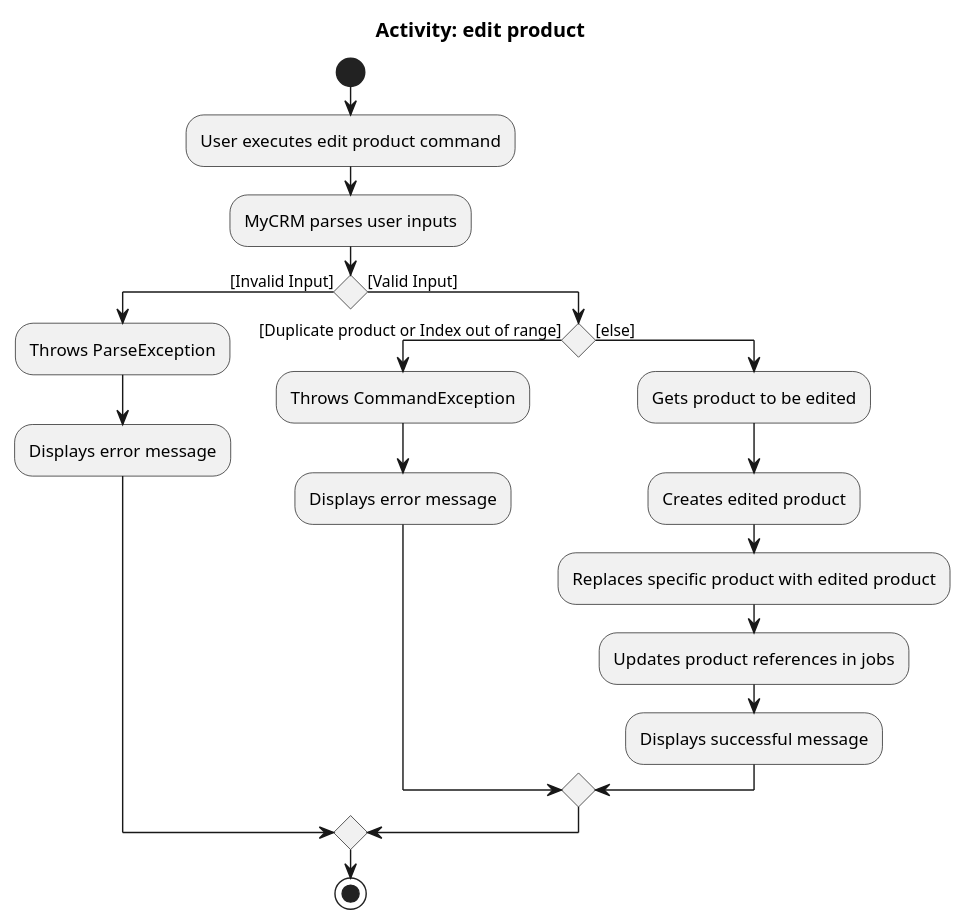
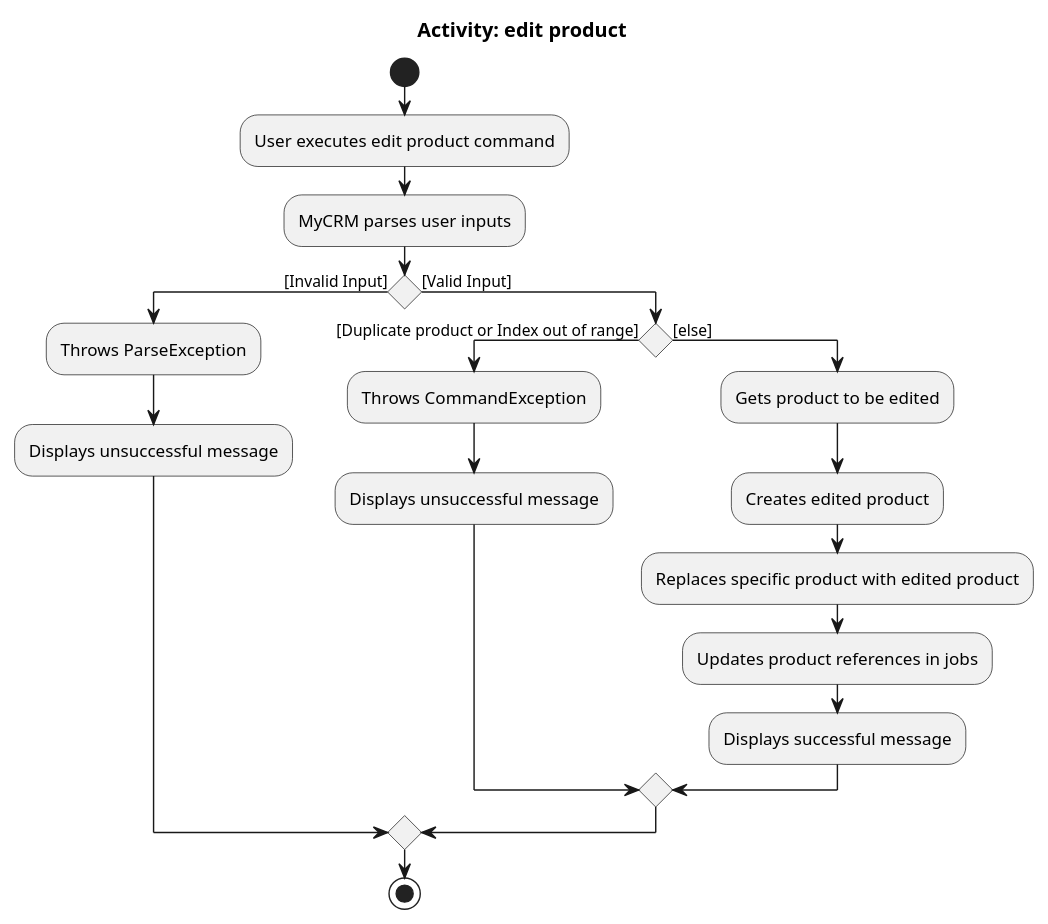
Before and after one commit to ooawagaeri/tp: the diagram in docs/diagrams/product/EditProductActivityDiagram.puml, drawn with PlantUML. The commit also changed 10 other files, not shown here.

```diff
--- a/docs/diagrams/product/EditProductActivityDiagram.puml
+++ b/docs/diagrams/product/EditProductActivityDiagram.puml
@@ -1,22 +1,22 @@
 @startuml
 start
 title Activity: edit product
 :User executes edit product command;
 :MyCRM parses user inputs;
 if () then ([Invalid Input])
     :Throws ParseException;
-    :Displays error message;
+    :Displays unsuccessful message;
 else ([Valid Input])
 if () then ([Duplicate product or Index out of range])
     :Throws CommandException;
-    :Displays error message;
+    :Displays unsuccessful message;
 else ([else])
     :Gets product to be edited;
     :Creates edited product;
     :Replaces specific product with edited product;
     :Updates product references in jobs;
     :Displays successful message;
 endif
 endif
 stop
 @enduml
```
